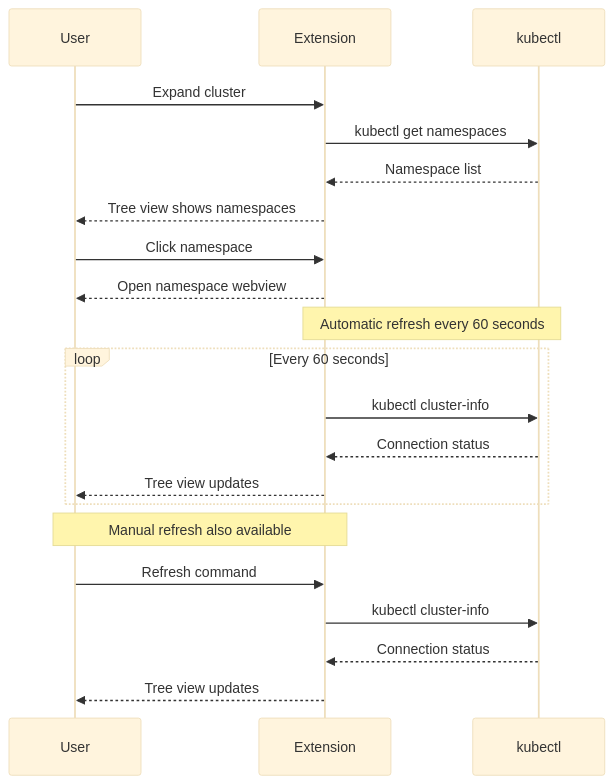
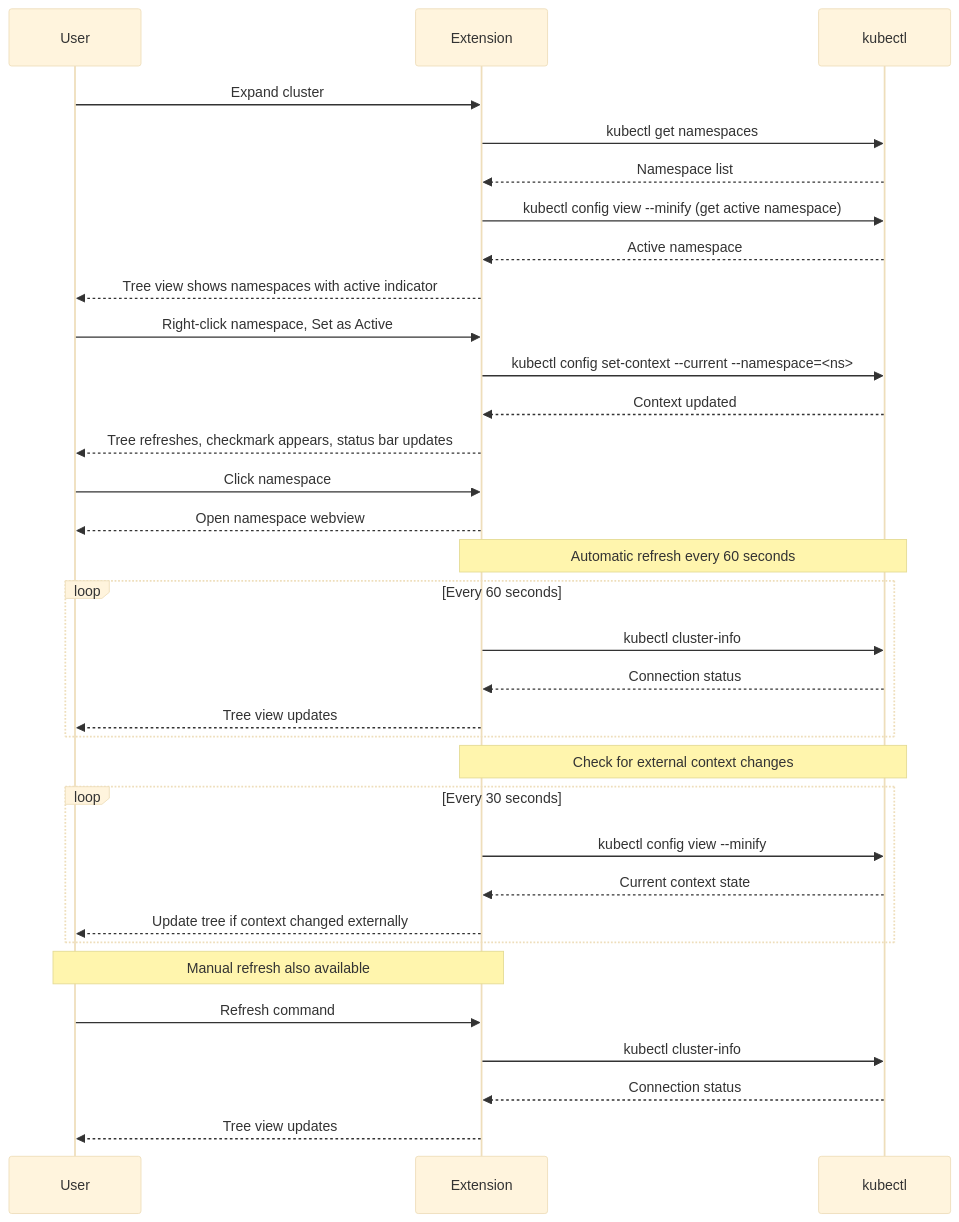
The second of 2 diagrams in ai/specs/tree-view-spec.spec.md (alto9/kandy), drawn with Mermaid (base theme) before and after one commit. The commit also changed other lines of this file and 6 other files, not shown here.

````diff
--- a/ai/specs/tree-view-spec.spec.md
+++ b/ai/specs/tree-view-spec.spec.md
@@ -51,27 +53,41 @@
 ```mermaid
 sequenceDiagram
     participant User
     participant Extension
     participant kubectl
 
     User->>Extension: Expand cluster
     Extension->>kubectl: kubectl get namespaces
     kubectl-->>Extension: Namespace list
-    Extension-->>User: Tree view shows namespaces
+    Extension->>kubectl: kubectl config view --minify (get active namespace)
+    kubectl-->>Extension: Active namespace
+    Extension-->>User: Tree view shows namespaces with active indicator
+
+    User->>Extension: Right-click namespace, Set as Active
+    Extension->>kubectl: kubectl config set-context --current --namespace=<ns>
+    kubectl-->>Extension: Context updated
+    Extension-->>User: Tree refreshes, checkmark appears, status bar updates
 
     User->>Extension: Click namespace
     Extension-->>User: Open namespace webview
     
     Note over Extension,kubectl: Automatic refresh every 60 seconds
     loop Every 60 seconds
         Extension->>kubectl: kubectl cluster-info
         kubectl-->>Extension: Connection status
         Extension-->>User: Tree view updates
     end
     
+    Note over Extension,kubectl: Check for external context changes
+    loop Every 30 seconds
+        Extension->>kubectl: kubectl config view --minify
+        kubectl-->>Extension: Current context state
+        Extension-->>User: Update tree if context changed externally
+    end
+    
     Note over User,Extension: Manual refresh also available
     User->>Extension: Refresh command
     Extension->>kubectl: kubectl cluster-info
     kubectl-->>Extension: Connection status
     Extension-->>User: Tree view updates
 ```
````
